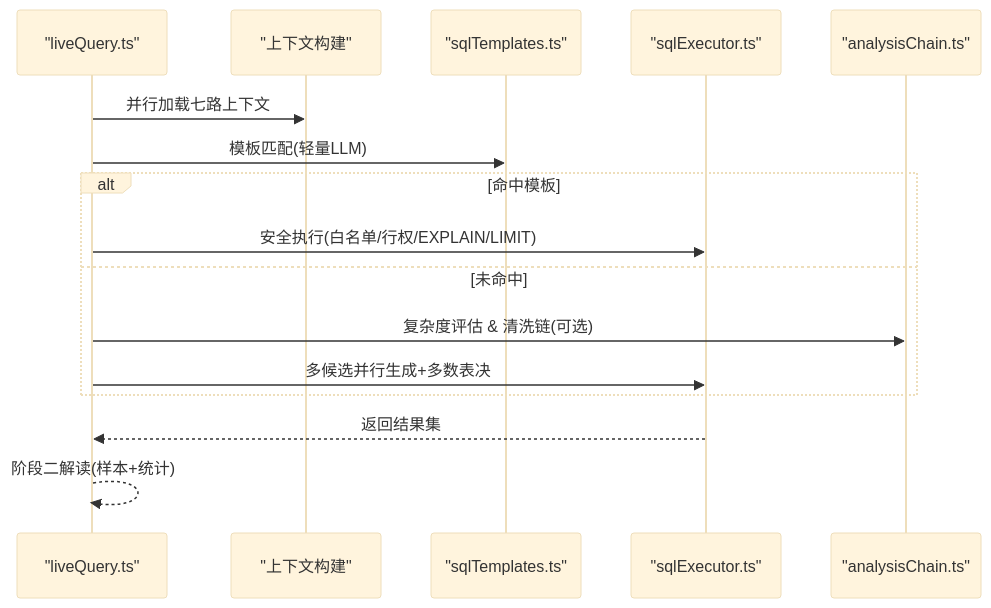
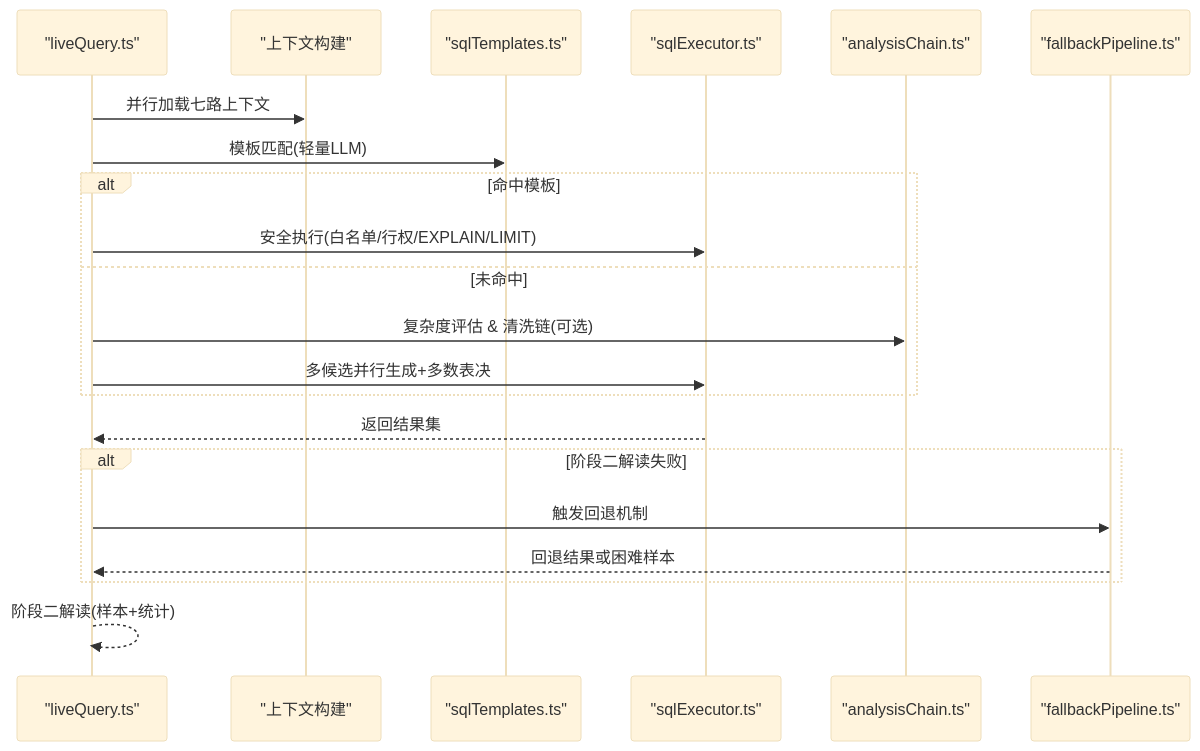
One commit to dgjin/smart-data-analytics changed the fifth of 11 diagrams in .qoder/repowiki/zh/content/系统架构/核心组件详解/查询处理引擎/查询处理引擎.md. Above: the diagram before and after it, drawn with Mermaid (base theme). The commit also changed other lines of this file and 10 other files, not shown here.

````diff
--- a/.qoder/repowiki/zh/content/系统架构/核心组件详解/查询处理引擎/查询处理引擎.md
+++ b/.qoder/repowiki/zh/content/系统架构/核心组件详解/查询处理引擎/查询处理引擎.md
@@ -175,18 +228,23 @@
 ```mermaid
 sequenceDiagram
 participant Q as "liveQuery.ts"
 participant Ctx as "上下文构建"
 participant T as "sqlTemplates.ts"
 participant S as "sqlExecutor.ts"
 participant A as "analysisChain.ts"
+participant FB as "fallbackPipeline.ts"
 Q->>Ctx : 并行加载七路上下文
 Q->>T : 模板匹配(轻量LLM)
 alt 命中模板
 Q->>S : 安全执行(白名单/行权/EXPLAIN/LIMIT)
 else 未命中
 Q->>A : 复杂度评估 & 清洗链(可选)
 Q->>S : 多候选并行生成+多数表决
 end
 S-->>Q : 返回结果集
+alt 阶段二解读失败
+Q->>FB : 触发回退机制
+FB-->>Q : 回退结果或困难样本
+end
 Q-->>Q : 阶段二解读(样本+统计)
 ```
````
